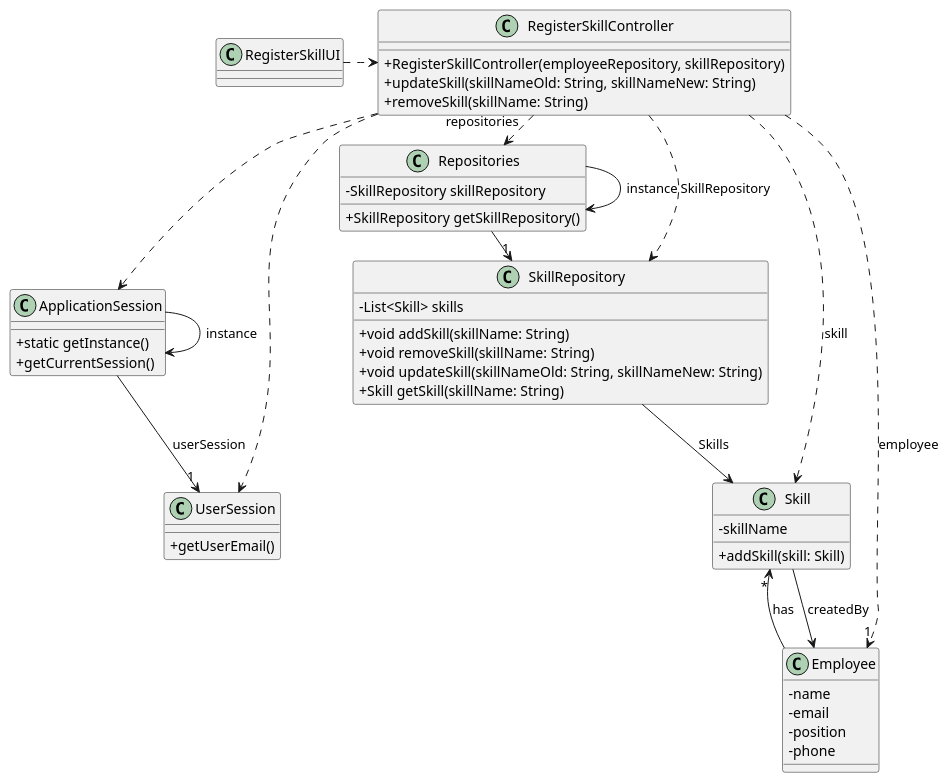
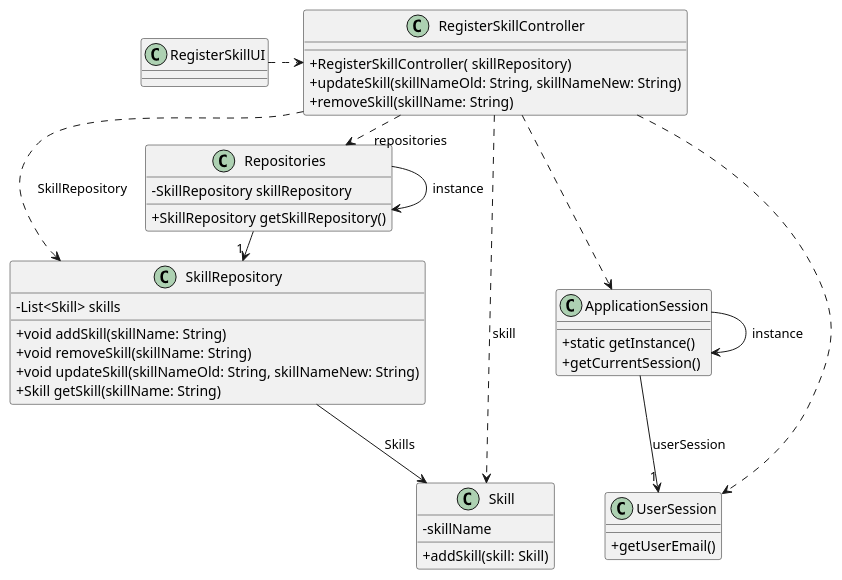
The diagram in docs/sprintB/us001/03.design/puml/us001-class-diagram.puml (Departamento-de-Engenharia-Informatica/greenspace-management), drawn with PlantUML before and after one commit. The commit also changed 8 other files, not shown here.

```diff
--- a/docs/sprintB/us001/03.design/puml/us001-class-diagram.puml
+++ b/docs/sprintB/us001/03.design/puml/us001-class-diagram.puml
@@ -1,86 +1,80 @@
 @startuml
 
 'skinparam monochrome true
 skinparam packageStyle rectangle
 skinparam shadowing false
 skinparam linetype polyline
 skinparam linetype orto
 
 skinparam classAttributeIconSize 0
 
 'left to right direction
 
 class ApplicationSession
 {
     + static getInstance()
     + getCurrentSession()
 }
 
 class UserSession
 {
     + getUserEmail()
 }
 
-class Employee {
-    - name
-    - email
-    - position
-    - phone
-}
+
 
 class Skill {
     - skillName
 
     + addSkill(skill: Skill)
 }
 
 class SkillRepository{
     - List<Skill> skills
 
     + void addSkill(skillName: String)
     + void removeSkill(skillName: String)
     + void updateSkill(skillNameOld: String, skillNameNew: String)
     + Skill getSkill(skillName: String)
 }
 
 class RegisterSkillUI {
 }
 
 class Repositories{
     - SkillRepository skillRepository
 
     + SkillRepository getSkillRepository()
 }
 
 class RegisterSkillController {
-    + RegisterSkillController(employeeRepository, skillRepository)
+    + RegisterSkillController( skillRepository)
     + updateSkill(skillNameOld: String, skillNameNew: String)
     + removeSkill(skillName: String)
 }
 
 Repositories -> Repositories : instance
 ApplicationSession -> ApplicationSession : instance
 
 RegisterSkillUI .> RegisterSkillController
 
 RegisterSkillController .> Repositories : repositories
 
 Repositories -> "1" SkillRepository
 
 RegisterSkillController ..> Skill : skill
 RegisterSkillController ..> SkillRepository : SkillRepository
 
 ' Legenda
 SkillRepository --> Skill : Skills
 
 ApplicationSession --> "1" UserSession : userSession
 
-RegisterSkillController ..> "1" Employee : employee
+
 RegisterSkillController ..> ApplicationSession
 RegisterSkillController ..> UserSession
 
-Skill --> Employee : createdBy
 
-Employee --> "*" Skill : has
+
 
 @enduml
```
